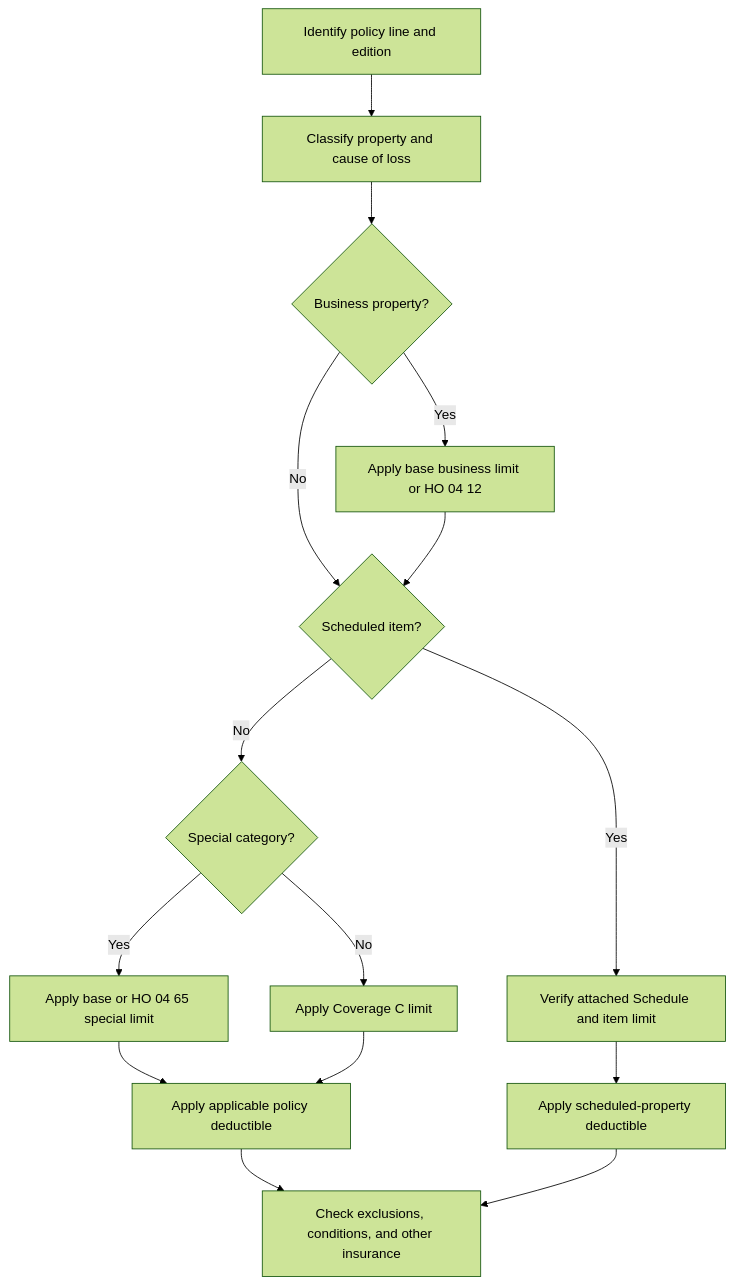
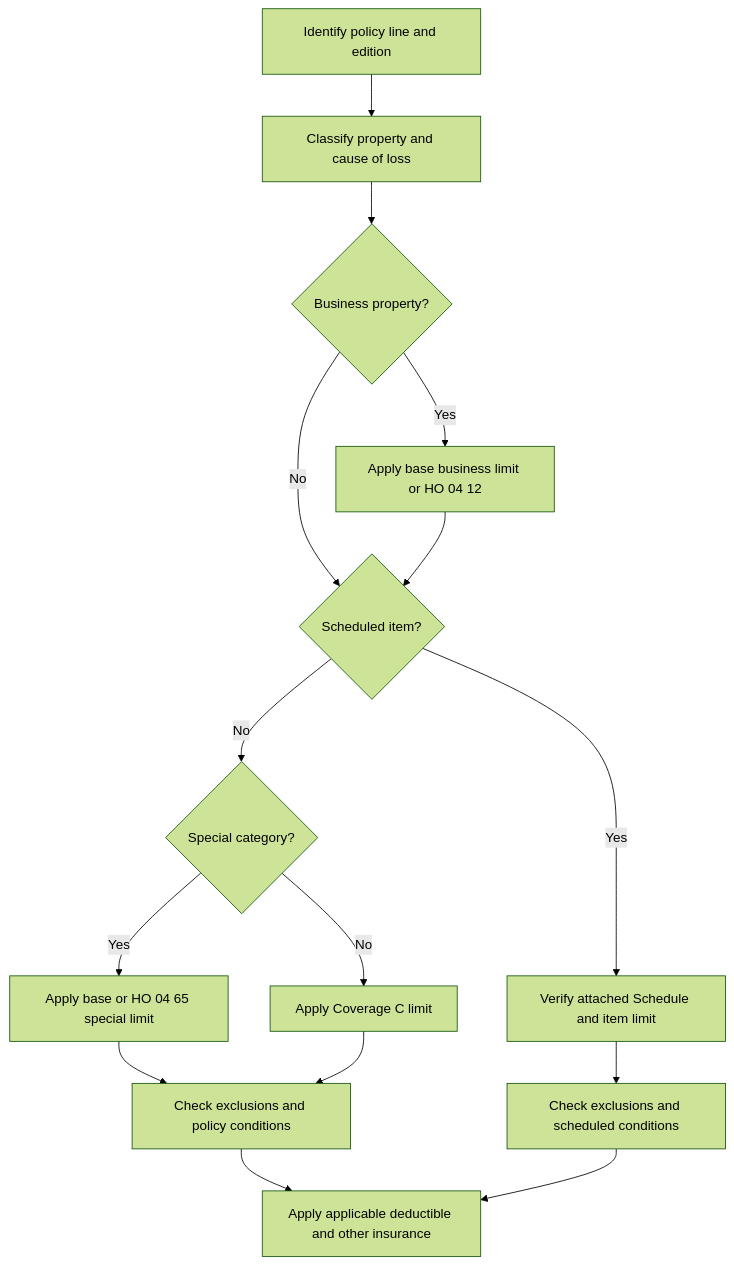
The diagram in openwiki/coverage/property/personal-property-limits-and-scheduling.md (eugeneliu-86/openwiki-insurance-corpus), drawn with Mermaid (forest theme) before and after one commit. The commit also changed other lines of this file and 107 other files, not shown here.

````diff
--- a/openwiki/coverage/property/personal-property-limits-and-scheduling.md
+++ b/openwiki/coverage/property/personal-property-limits-and-scheduling.md
@@ -43,17 +43,17 @@
 ```mermaid
 flowchart TD
     A["Identify policy line and edition"] --> B["Classify property and cause of loss"]
     B --> C{"Business property?"}
     C -->|"Yes"| D["Apply base business limit or HO 04 12"]
     C -->|"No"| E{"Scheduled item?"}
     D --> E
     E -->|"Yes"| F["Verify attached Schedule and item limit"]
     E -->|"No"| G{"Special category?"}
-    F --> H["Apply scheduled-property deductible"]
+    F --> H["Check exclusions and scheduled conditions"]
     G -->|"Yes"| I["Apply base or HO 04 65 special limit"]
     G -->|"No"| J["Apply Coverage C limit"]
-    I --> K["Apply applicable policy deductible"]
+    I --> K["Check exclusions and policy conditions"]
     J --> K
-    K --> L["Check exclusions, conditions, and other insurance"]
+    K --> L["Apply applicable deductible and other insurance"]
     H --> L
 ```
````
